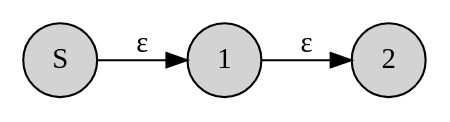
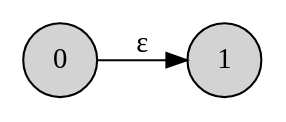
Before and after one commit to illusory0x0/containers.mbt: the diagram in automaton/__snapshot__/nfa_symbol_epsilon.dot, drawn with Graphviz. The commit also changed 15 other files, not shown here.

```diff
--- a/automaton/__snapshot__/nfa_symbol_epsilon.dot
+++ b/automaton/__snapshot__/nfa_symbol_epsilon.dot
@@ -1,10 +1,8 @@
 
 digraph {
 rankdir=LR;
 node [shape = circle; style = filled;];
 0->1[label="ε"];
-1->2[label="ε"];
+0 [label="0";]
 1 [label="1";]
-2 [label="2";]
-0 [label="S";]
 }
```
